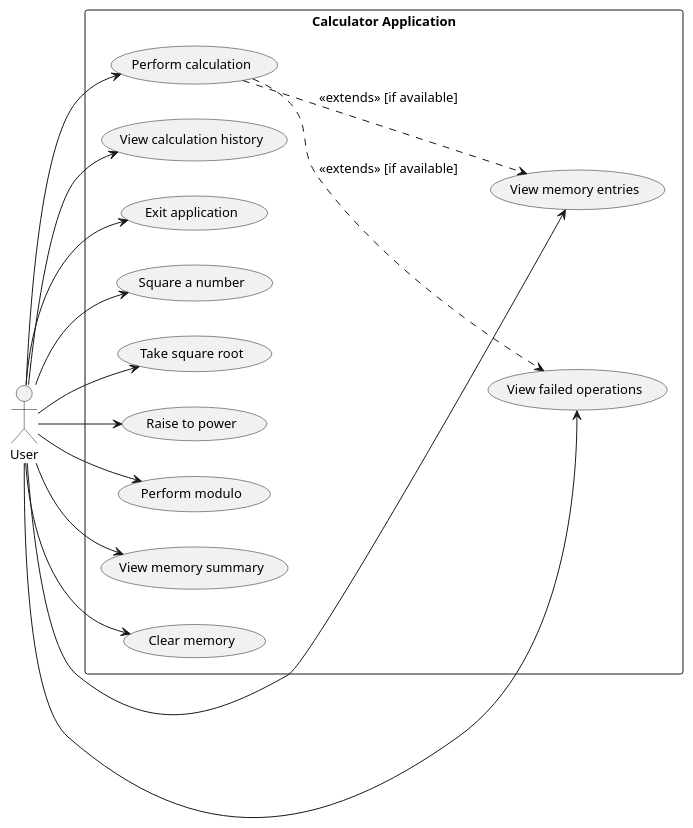
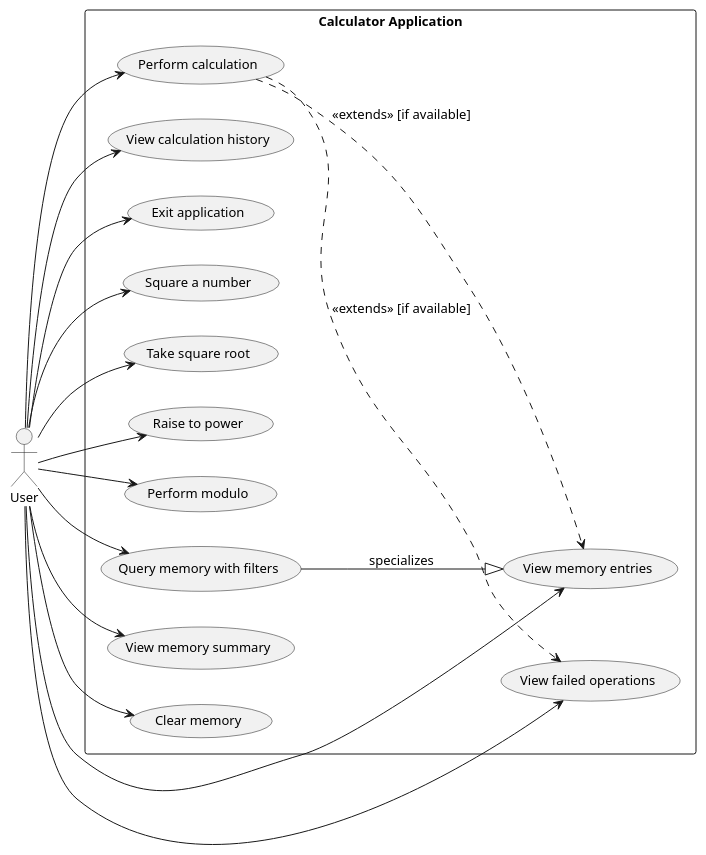
One commit to DanielRiha8906/Software_autoevolution_using_agents changed the diagram in experiments/supervisor_as_tools/structured_text/calculator/artifacts/use_case_diagram.puml. Above: the diagram before and after it, drawn with PlantUML. The commit also changed 7 other files, not shown here.

```diff
--- a/experiments/supervisor_as_tools/structured_text/calculator/artifacts/use_case_diagram.puml
+++ b/experiments/supervisor_as_tools/structured_text/calculator/artifacts/use_case_diagram.puml
@@ -1,39 +1,42 @@
 @startuml use_case_diagram
 
 skinparam defaultFontSize 13
 
 left to right direction
 
 actor User
 
 rectangle "Calculator Application" {
     usecase "Perform calculation" as UC_Calc
     usecase "View calculation history" as UC_History
     usecase "Exit application" as UC_Exit
     usecase "Square a number" as UC_Square
     usecase "Take square root" as UC_Sqrt
     usecase "Raise to power" as UC_Power
     usecase "Perform modulo" as UC_Modulo
     usecase "View memory entries" as UC_Memory
+    usecase "Query memory with filters" as UC_FilteredMemory
     usecase "View memory summary" as UC_Summary
     usecase "View failed operations" as UC_Failures
     usecase "Clear memory" as UC_ClearMem
 
 }
 
 User --> UC_Calc
 User --> UC_History
 User --> UC_Exit
 User --> UC_Square
 User --> UC_Sqrt
 User --> UC_Power
 User --> UC_Modulo
 User --> UC_Memory
+User --> UC_FilteredMemory
 User --> UC_Summary
 User --> UC_Failures
 User --> UC_ClearMem
 
 UC_Calc ..> UC_Memory : <<extends>> [if available]
 UC_Calc ..> UC_Failures : <<extends>> [if available]
+UC_FilteredMemory --|> UC_Memory : specializes
 
 @enduml
```
